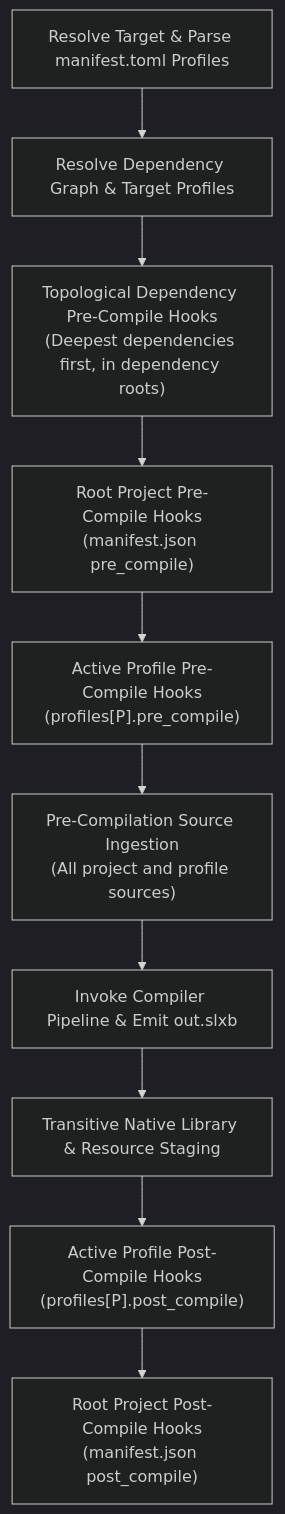
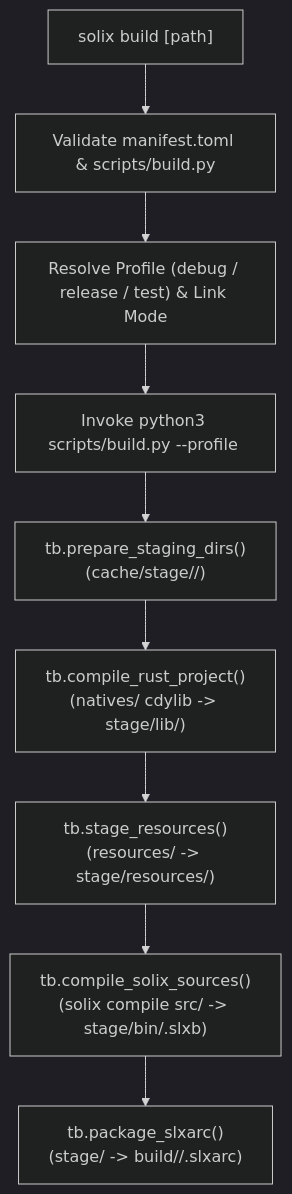
One commit to Jehudme/solix-language changed the diagram in docs/spec/tools/cli/build.md. Above: the diagram before and after it, drawn with Mermaid (dark theme). The commit also changed other lines of this file and 30 other files, not shown here.

````diff
--- a/docs/spec/tools/cli/build.md
+++ b/docs/spec/tools/cli/build.md
@@ -70,12 +41,11 @@
 ```mermaid
 flowchart TD
-    A["Resolve Target & Parse manifest.toml Profiles"] --> B["Resolve Dependency Graph & Target Profiles"]
-    B --> C["Topological Dependency Pre-Compile Hooks<br>(Deepest dependencies first, in dependency roots)"]
-    C --> D["Root Project Pre-Compile Hooks<br>(manifest.json pre_compile)"]
-    D --> E["Active Profile Pre-Compile Hooks<br>(profiles[P].pre_compile)"]
-    E --> F["Pre-Compilation Source Ingestion<br>(All project and profile sources)"]
-    F --> G["Invoke Compiler Pipeline & Emit out.slxb"]
-    G --> H["Transitive Native Library & Resource Staging"]
-    H --> I["Active Profile Post-Compile Hooks<br>(profiles[P].post_compile)"]
-    I --> J["Root Project Post-Compile Hooks<br>(manifest.json post_compile)"]
+    A["solix build [path]"] --> B["Validate manifest.toml & scripts/build.py"]
+    B --> C["Resolve Profile (debug / release / test) & Link Mode"]
+    C --> D["Invoke python3 scripts/build.py --profile <profile>"]
+    D --> E["tb.prepare_staging_dirs()<br>(cache/stage/<profile>/)"]
+    E --> F["tb.compile_rust_project()<br>(natives/ cdylib -> stage/lib/)"]
+    F --> G["tb.stage_resources()<br>(resources/ -> stage/resources/)"]
+    G --> H["tb.compile_solix_sources()<br>(solix compile src/ -> stage/bin/<name>.slxb)"]
+    H --> I["tb.package_slxarc()<br>(stage/ -> build/<profile>/<name>.slxarc)"]
 ```
````
